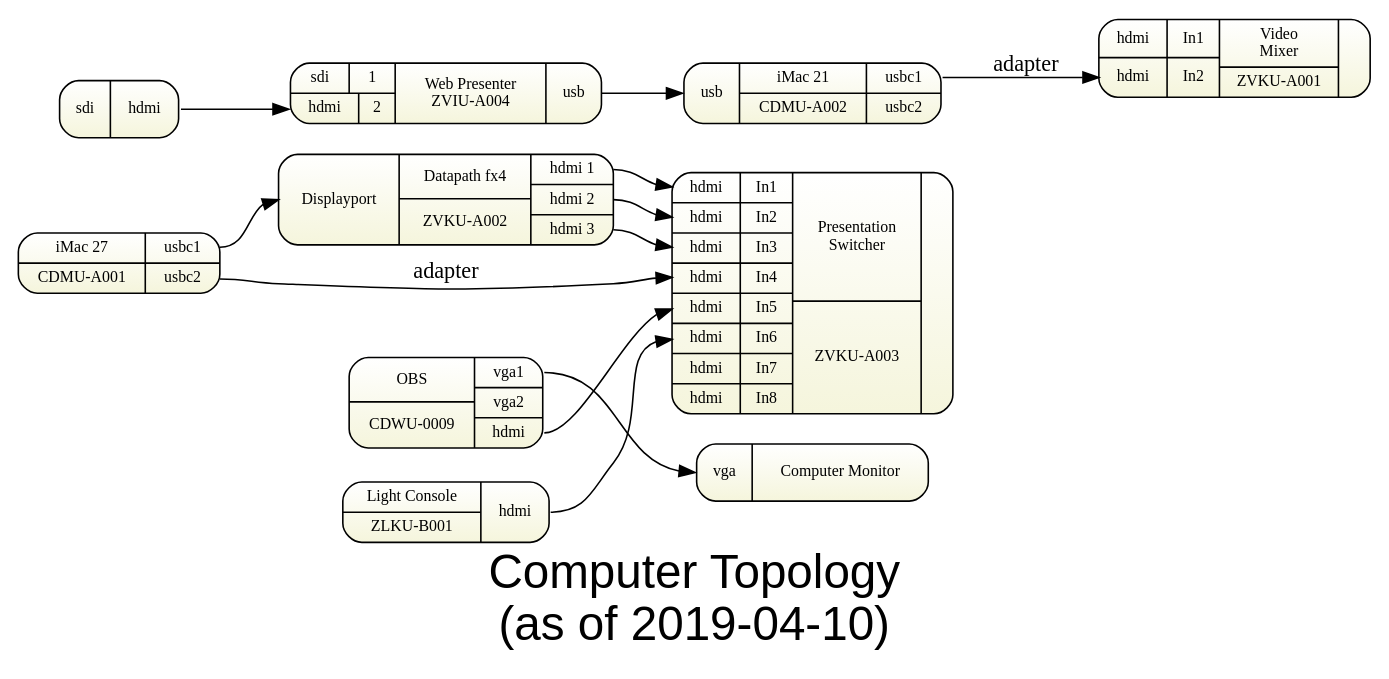
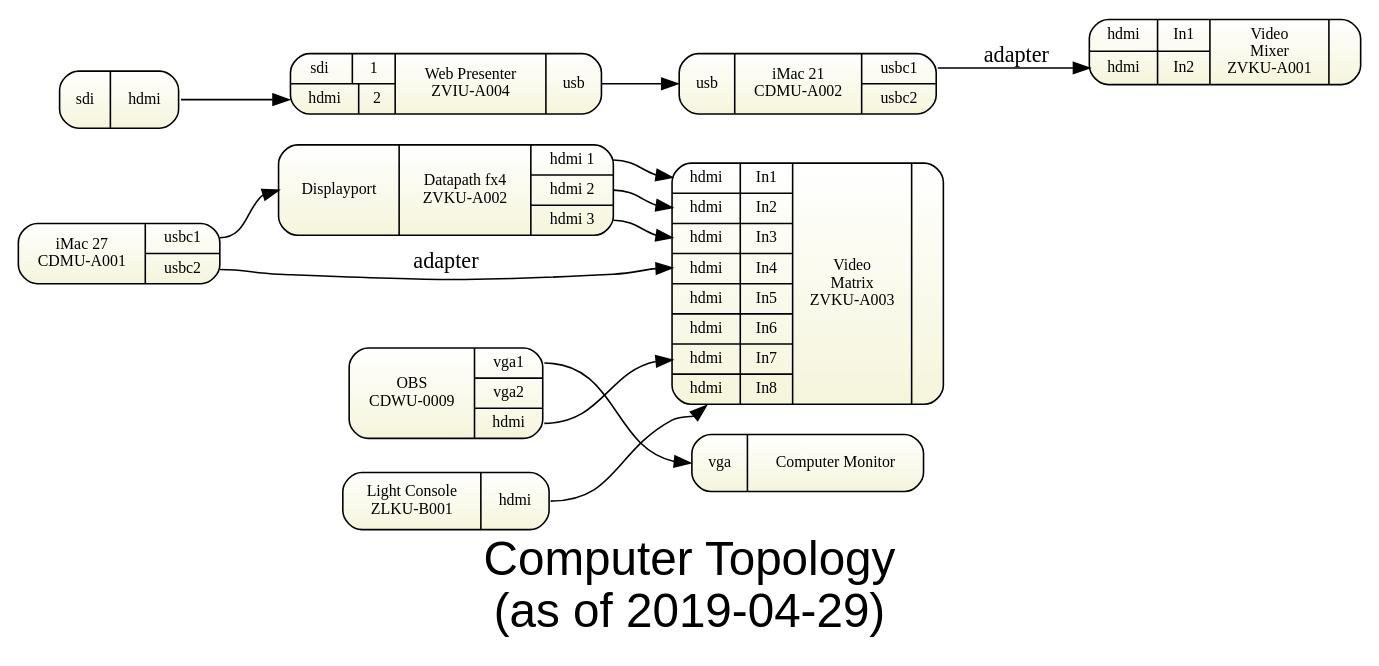
Before and after one commit to avmaint/uactechdoc: the diagram in sdv-topology1-computer.gv, drawn with Graphviz. The commit also changed 7 other files, not shown here.

Commit message:
Remapping of wiring between ATEM and Video Matrix plus other updates

```diff
--- a/sdv-topology1-computer.gv
+++ b/sdv-topology1-computer.gv
@@ -1,49 +1,48 @@
 digraph topology1 { 
 graph [overlap = true, fontsize = 30, rankdir=LR 
-      label="Computer Topology\n(as of 2019-04-10)",
+      label="Computer Topology\n(as of 2019-04-29)",
       fontname = Helvetica]
 
 node [shape=Mrecord, tooltip="" , fontsize = 10, 
       fillcolor="white:beige" , style=filled  
       gradientangle=270]
       
-pswitch [label="{
+vmatrix [label="{
   {{<i1>hdmi|In1}|{<i2>hdmi|In2}|{<i3>hdmi|In3}|{<i4>hdmi|In4}|{<i5>hdmi|In5}|{<i6>hdmi|In6}|{<i7>hdmi|In7}|{<i8>hdmi|In8}}
-  |{Presentation\nSwitcher|ZVKU-A003}|
+  |{Video\nMatrix\nZVKU-A003}|
   {  } }"]
   
 rswitch [label="{
   {{<i1>hdmi|In1}|{<i2>hdmi|In2} }
-  |{Video\nMixer|ZVKU-A001}|
+  |{Video\nMixer\nZVKU-A001}|
     }"]  
     
-cdwu0009 [label="{{OBS|CDWU-0009}|{<vga1>vga1|<vga2>vga2|<hdmi>hdmi}}"]
-cdmua001 [label="{{iMac 27|CDMU-A001}|{<usbc1>usbc1|<usbc2>usbc2}}"]
-cdmua002 [label="{{<usbin>usb}|{iMac 21|CDMU-A002}|{<usbc1>usbc1|<usbc2>usbc2}}"]
+cdwu0009 [label="{{OBS\nCDWU-0009}|{<vga1>vga1|<vga2>vga2|<hdmi>hdmi}}"]
+cdmua001 [label="{{iMac 27\nCDMU-A001}|{<usbc1>usbc1|<usbc2>usbc2}}"]
+cdmua002 [label="{{<usbin>usb}|{iMac 21\nCDMU-A002}|{<usbc1>usbc1|<usbc2>usbc2}}"]
 
-wp [label="{{ {<i1>sdi|1 }|{<i2>hdmi|2} }|{Web Presenter \n ZVIU-A004}|{<usb>usb}}"]
+wp [label="{{ {<i1>sdi&nbsp; |1 }|{<i2>hdmi|2} }|{Web Presenter \n ZVIU-A004}|{<usb>usb}}"]
 
 s2h [label="{<i>sdi|<o>hdmi}"]
 
 s2h:o -> wp:i2
 
-fx4 [label="{{<dp>Displayport}|{Datapath fx4|ZVKU-A002}|{<o1>hdmi 1|<o2>hdmi 2|<o3>hdmi 3}}"]
-
-fx4:o1 -> pswitch:i1
-fx4:o2 -> pswitch:i2
-fx4:o3 -> pswitch:i3
+fx4 [label="{{<dp>Displayport}|{Datapath fx4\nZVKU-A002}|{<o1>hdmi 1|<o2>hdmi 2|<o3>hdmi 3}}"]
+zlkub001 [label="{{Light Console\nZLKU-B001}|{<hdmi>hdmi }}"]
 
 cdmua001:usbc1 -> fx4:dp  
-cdmua001:usbc2 -> pswitch:i4 [label="adapter"]
+cdwu0009:vga1  -> b1monitor:i 
 
 b1monitor [label="{<i>vga|Computer Monitor}"] 
 
-cdwu0009:hdmi -> pswitch:i5
-cdwu0009:vga1 -> b1monitor:i 
-
-zlkub001 [label="{{Light Console|ZLKU-B001}|{<hdmi>hdmi }}"]
-zlkub001:hdmi -> pswitch:i6
+fx4:o1         -> vmatrix:i1
+fx4:o2         -> vmatrix:i2
+fx4:o3         -> vmatrix:i3
+cdmua001:usbc2 -> vmatrix:i4 [label="adapter"]
+# Inputs 5 and 6 are from the video mixer
+cdwu0009:hdmi  -> vmatrix:i7
+zlkub001:hdmi  -> vmatrix:i8
 
 wp -> cdmua002:usbin 
 cdmua002:usbc1 -> rswitch:i2 [ label="adapter" ] 
 } 
```
